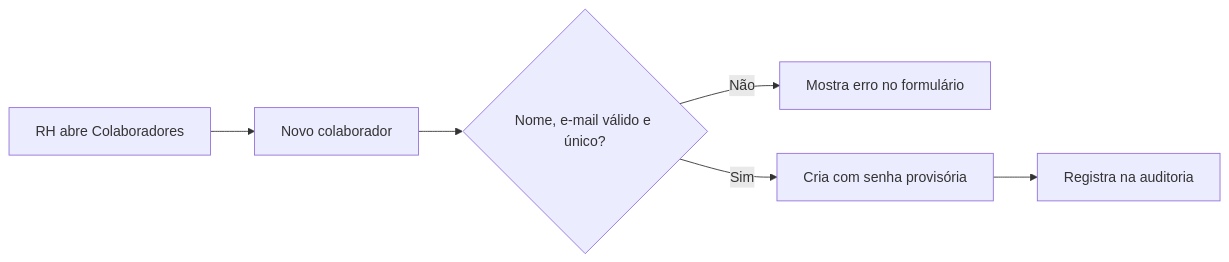
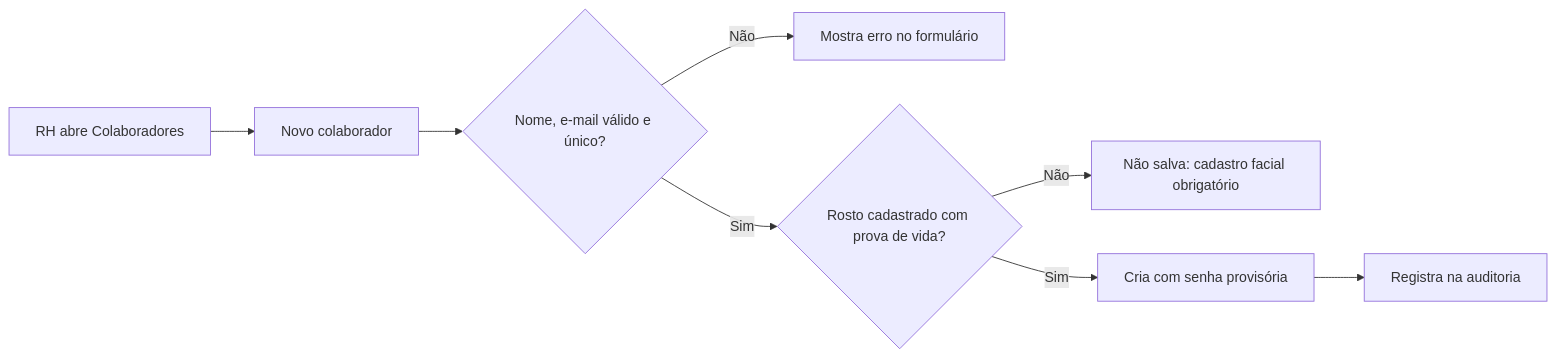
The fourth of 10 diagrams in docs/06-fluxos.md (GuedesIgor/AxSys-IT), drawn with Mermaid before and after one commit. The commit also changed other lines of this file and 12 other files, not shown here.

First line of the commit message:
Validação facial com prova de vida obrigatória na batida e cadastro facial obrigatório no cadastro de usuário

````diff
--- a/docs/06-fluxos.md
+++ b/docs/06-fluxos.md
@@ -64,8 +66,10 @@
 ```mermaid
 flowchart LR
     RH[RH abre Colaboradores] --> N[Novo colaborador]
     N --> V{Nome, e-mail válido e único?}
     V -->|Não| E[Mostra erro no formulário]
-    V -->|Sim| OK[Cria com senha provisória]
+    V -->|Sim| FC{Rosto cadastrado com prova de vida?}
+    FC -->|Não| E2[Não salva: cadastro facial obrigatório]
+    FC -->|Sim| OK[Cria com senha provisória]
     OK --> L[Registra na auditoria]
 ```
````
